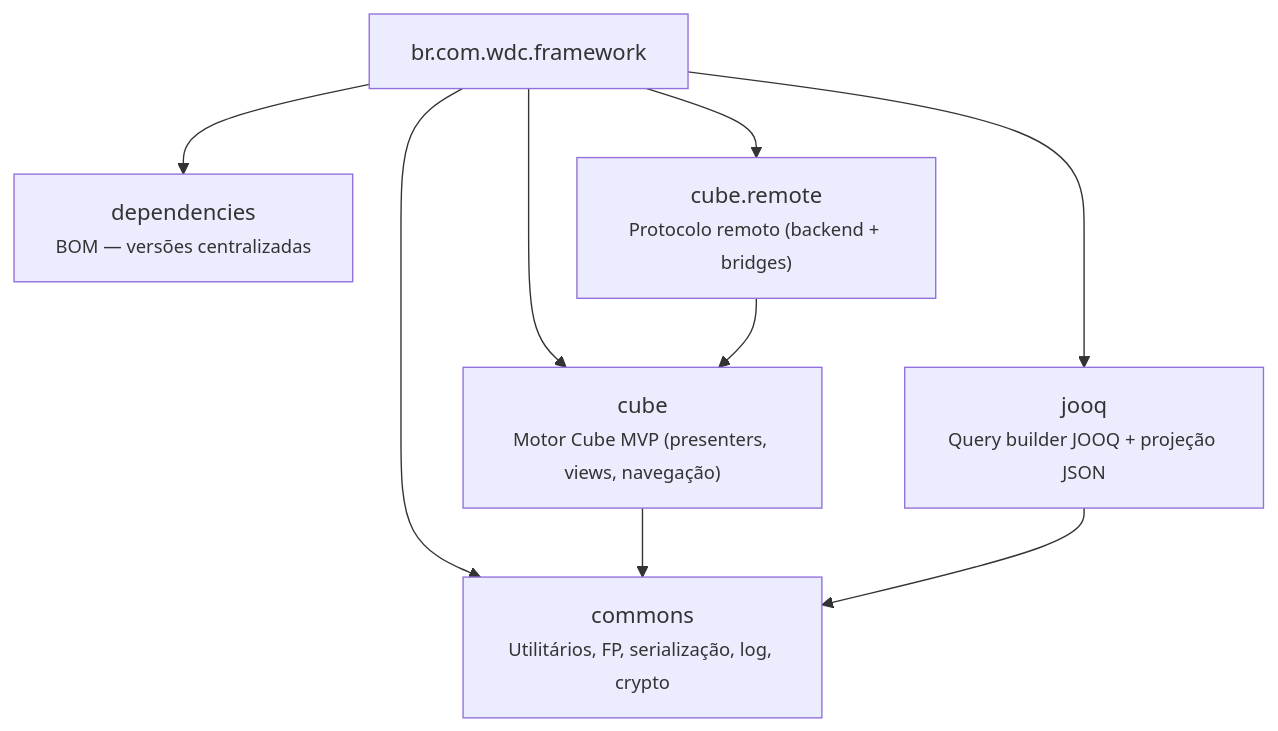
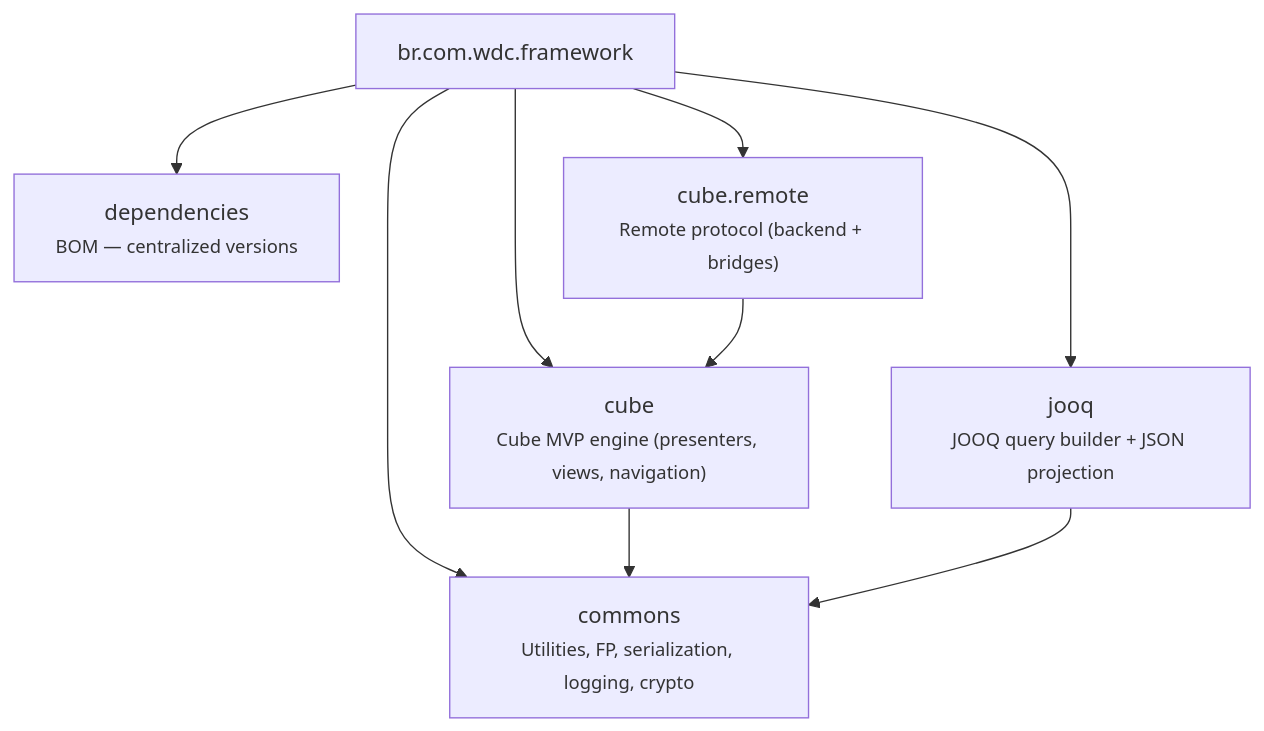
One commit to mrcdom/wdc-cube-java-v2 changed the diagram in fontes/br.com.wdc.framework/README.md. Above: the diagram before and after it, drawn with Mermaid. The commit also changed other lines of this file and 69 other files, not shown here.

````diff
--- a/fontes/br.com.wdc.framework/README.md
+++ b/fontes/br.com.wdc.framework/README.md
@@ -9,19 +9,19 @@
 ```mermaid
 graph TD
     fw["br.com.wdc.framework"]
 
-    deps["dependencies<br/><small>BOM — versões centralizadas</small>"]
-    commons["commons<br/><small>Utilitários, FP, serialização, log, crypto</small>"]
-    jooq["jooq<br/><small>Query builder JOOQ + projeção JSON</small>"]
-    cube["cube<br/><small>Motor Cube MVP (presenters, views, navegação)</small>"]
-    cubeRemote["cube.remote<br/><small>Protocolo remoto (backend + bridges)</small>"]
+    deps["dependencies<br/><small>BOM — centralized versions</small>"]
+    commons["commons<br/><small>Utilities, FP, serialization, logging, crypto</small>"]
+    jooq["jooq<br/><small>JOOQ query builder + JSON projection</small>"]
+    cube["cube<br/><small>Cube MVP engine (presenters, views, navigation)</small>"]
+    cubeRemote["cube.remote<br/><small>Remote protocol (backend + bridges)</small>"]
 
     fw --> deps
     fw --> commons
     fw --> jooq
     fw --> cube
     fw --> cubeRemote
     cube --> commons
     jooq --> commons
     cubeRemote --> cube
 ```
````
